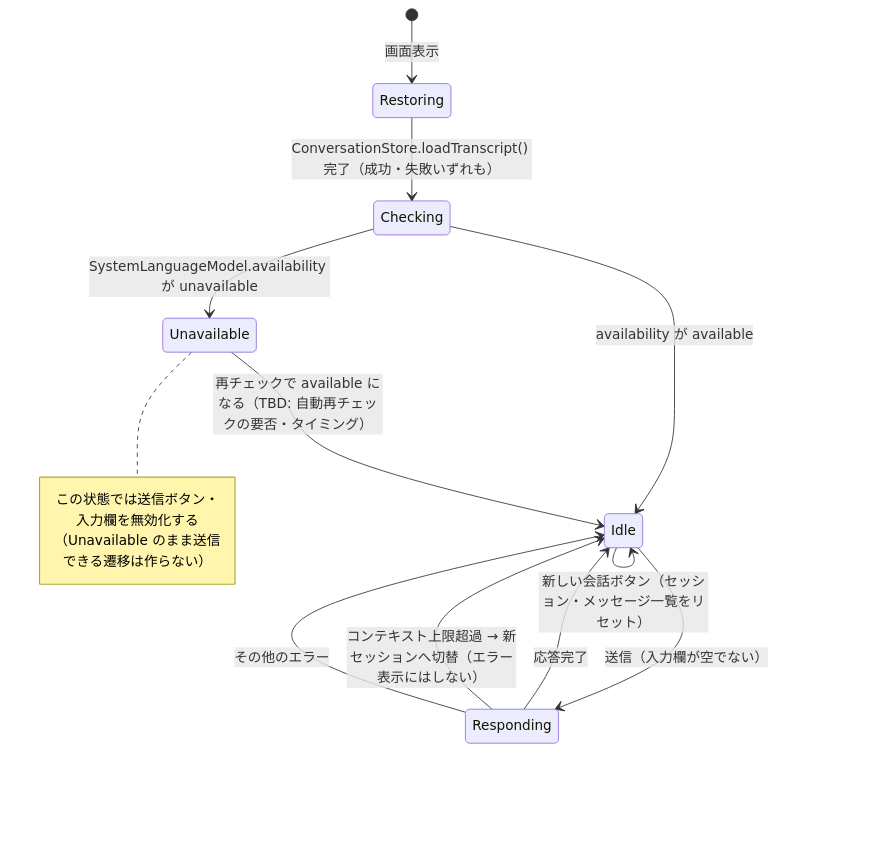
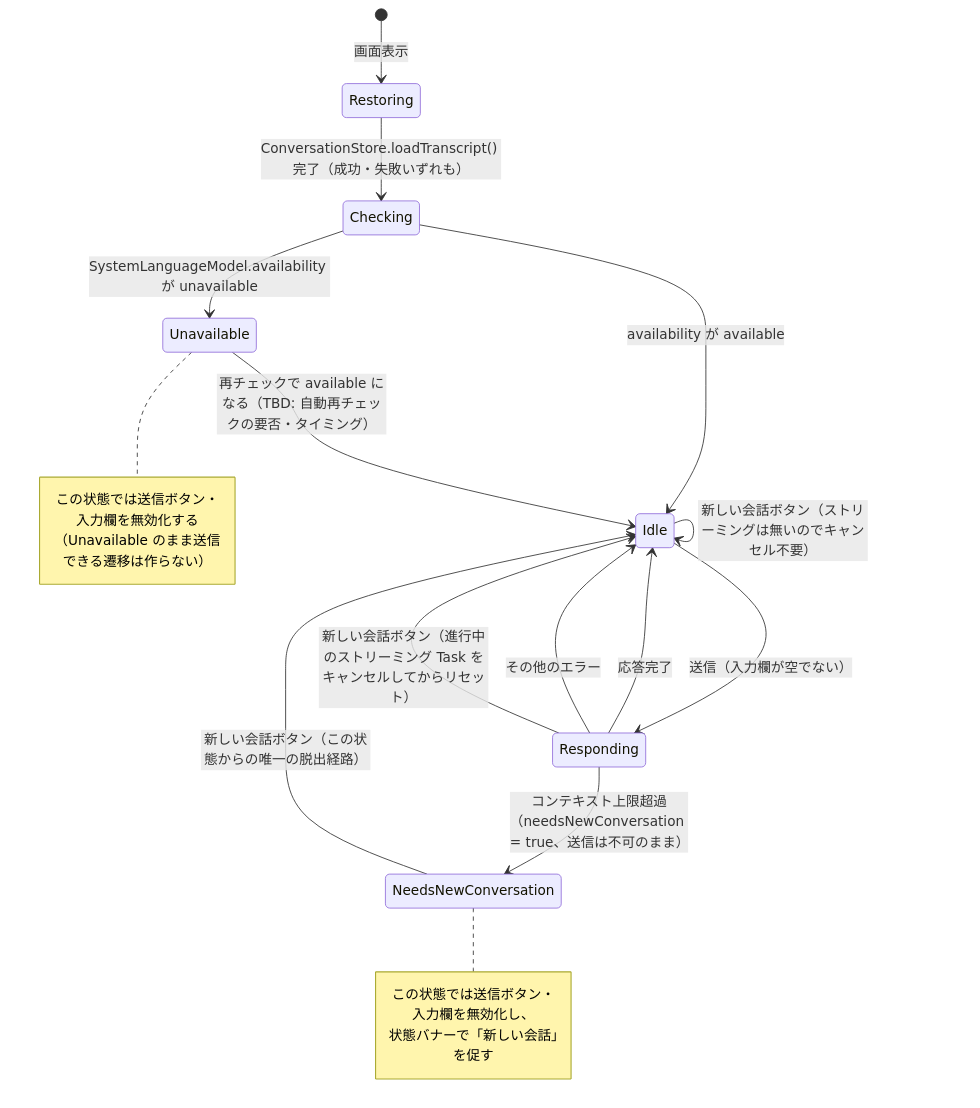
Before and after one commit to neko3cs/apple-fm-chat-app: the fifth of 5 diagrams in docs/design.md, drawn with Mermaid. The commit also changed other lines of this file and 3 other files, not shown here.

````diff
--- a/docs/design.md
+++ b/docs/design.md
@@ -151,21 +168,27 @@
 ```mermaid
 stateDiagram-v2
     [*] --> Restoring: 画面表示
     Restoring --> Checking: ConversationStore.loadTranscript() 完了（成功・失敗いずれも）
     Checking --> Unavailable: SystemLanguageModel.availability が unavailable
     Checking --> Idle: availability が available
 
     Unavailable --> Idle: 再チェックで available になる（TBD: 自動再チェックの要否・タイミング）
 
     Idle --> Responding: 送信（入力欄が空でない）
     Responding --> Idle: 応答完了
-    Responding --> Idle: コンテキスト上限超過 → 新セッションへ切替（エラー表示にはしない）
+    Responding --> NeedsNewConversation: コンテキスト上限超過（needsNewConversation = true、送信は不可のまま）
     Responding --> Idle: その他のエラー
 
-    Idle --> Idle: 新しい会話ボタン（セッション・メッセージ一覧をリセット）
+    Idle --> Idle: 新しい会話ボタン（ストリーミングは無いのでキャンセル不要）
+    Responding --> Idle: 新しい会話ボタン（進行中のストリーミング Task をキャンセルしてからリセット）
+    NeedsNewConversation --> Idle: 新しい会話ボタン（この状態からの唯一の脱出経路）
 
+    note right of NeedsNewConversation
+        この状態では送信ボタン・入力欄を無効化し、
+        状態バナーで「新しい会話」を促す
+    end note
     note right of Unavailable
         この状態では送信ボタン・入力欄を無効化する
         （Unavailable のまま送信できる遷移は作らない）
     end note
 ```
````
